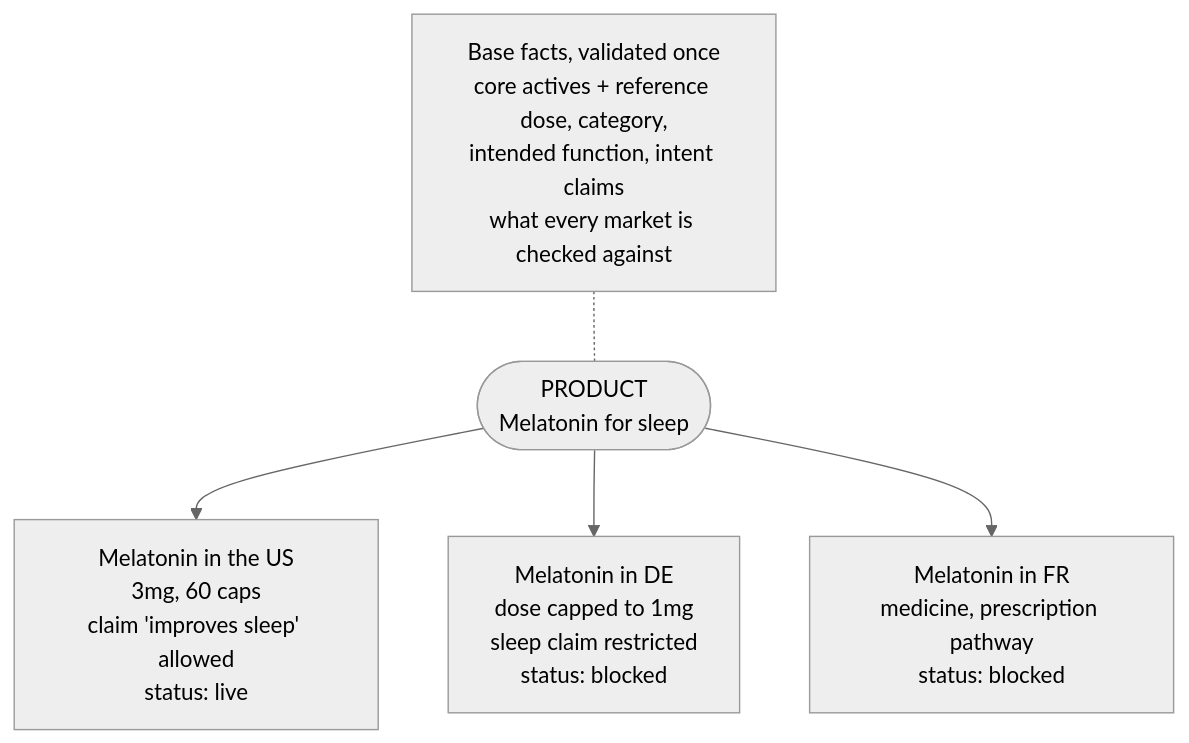
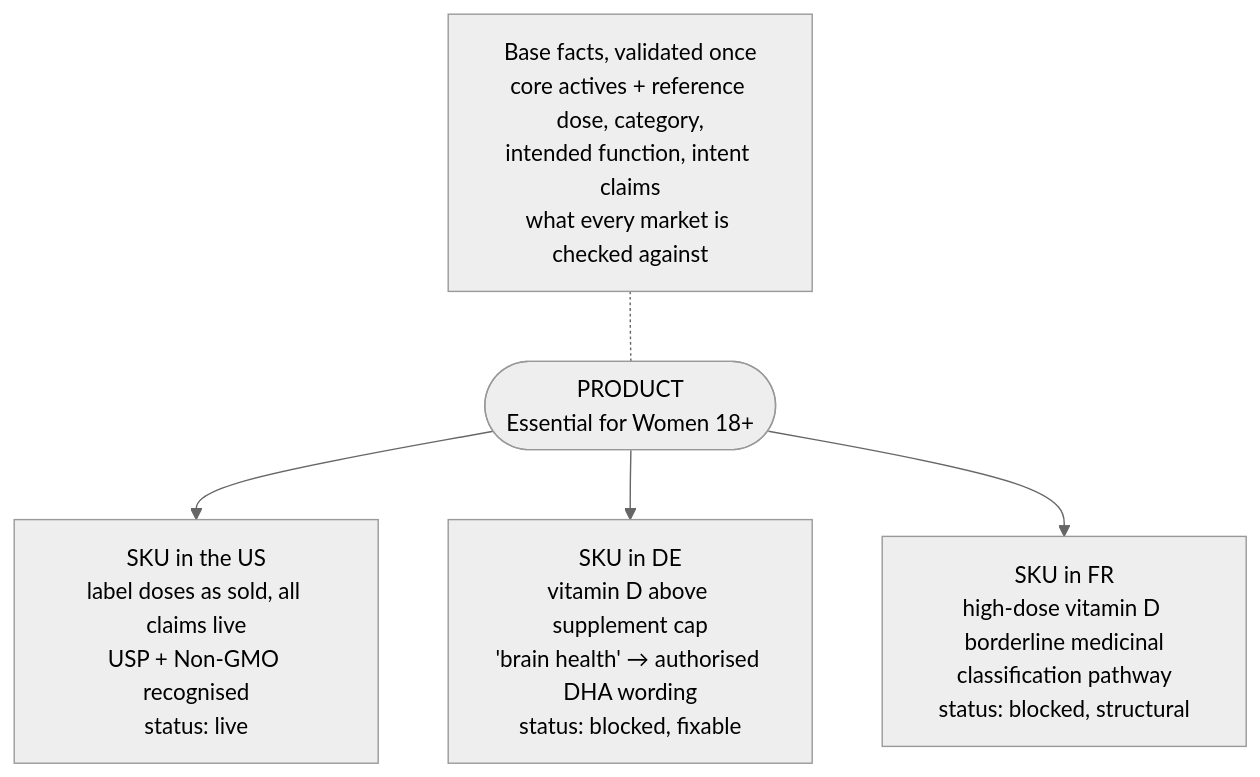
One commit to msporchia/sku-regulatory-intelligenc changed the first of 9 diagrams in README.md. Above: the diagram before and after it, drawn with Mermaid (neutral theme). The commit also changed other lines of this file, not shown here.

Commit message:
Rework worked example on Ritual Essential for Women; add sourcing/certification model, split status, evidence pointers; condense

````diff
--- a/README.md
+++ b/README.md
@@ -35,9 +40,9 @@
 ```mermaid
 flowchart TD
   INV["Base facts, validated once<br/>core actives + reference dose, category,<br/>intended function, intent claims<br/>what every market is checked against"]
-  P(["PRODUCT<br/>Melatonin for sleep"])
+  P(["PRODUCT<br/>Essential for Women 18+"])
   INV -.- P
-  P --> US["Melatonin in the US<br/>3mg, 60 caps<br/>claim 'improves sleep' allowed<br/>status: live"]
-  P --> DE["Melatonin in DE<br/>dose capped to 1mg<br/>sleep claim restricted<br/>status: blocked"]
-  P --> FR["Melatonin in FR<br/>medicine, prescription pathway<br/>status: blocked"]
+  P --> US["SKU in the US<br/>label doses as sold, all claims live<br/>USP + Non-GMO recognised<br/>status: live"]
+  P --> DE["SKU in DE<br/>vitamin D above supplement cap<br/>'brain health' → authorised DHA wording<br/>status: blocked, fixable"]
+  P --> FR["SKU in FR<br/>high-dose vitamin D borderline medicinal<br/>classification pathway<br/>status: blocked, structural"]
 ```
````
